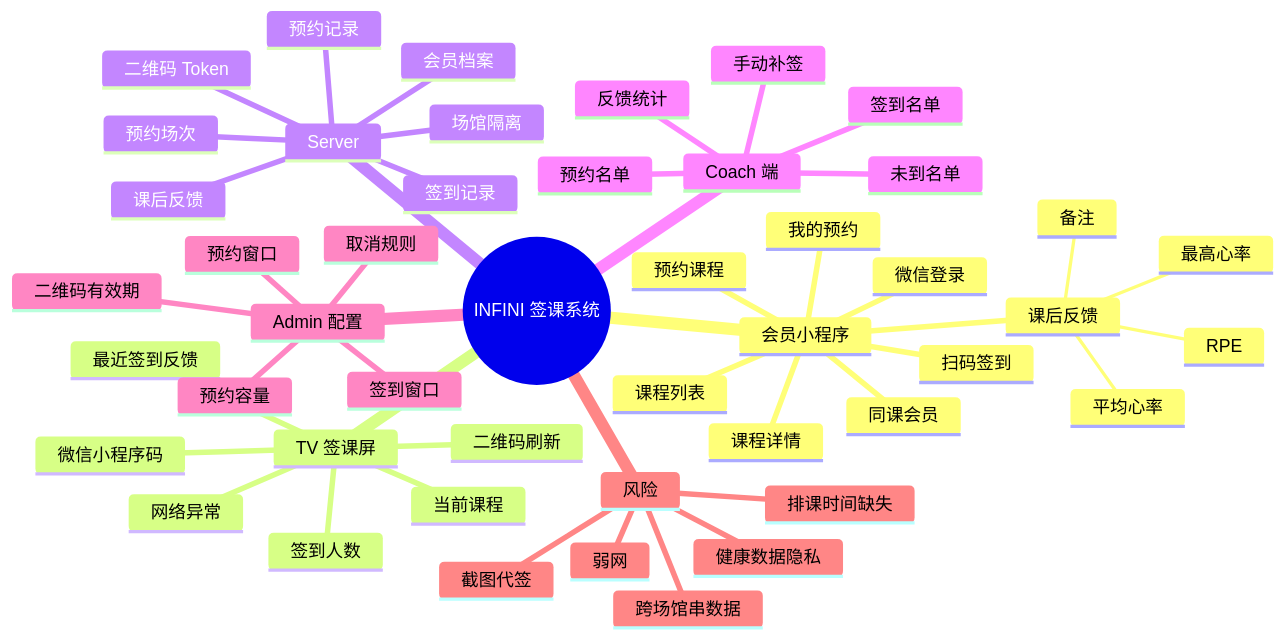
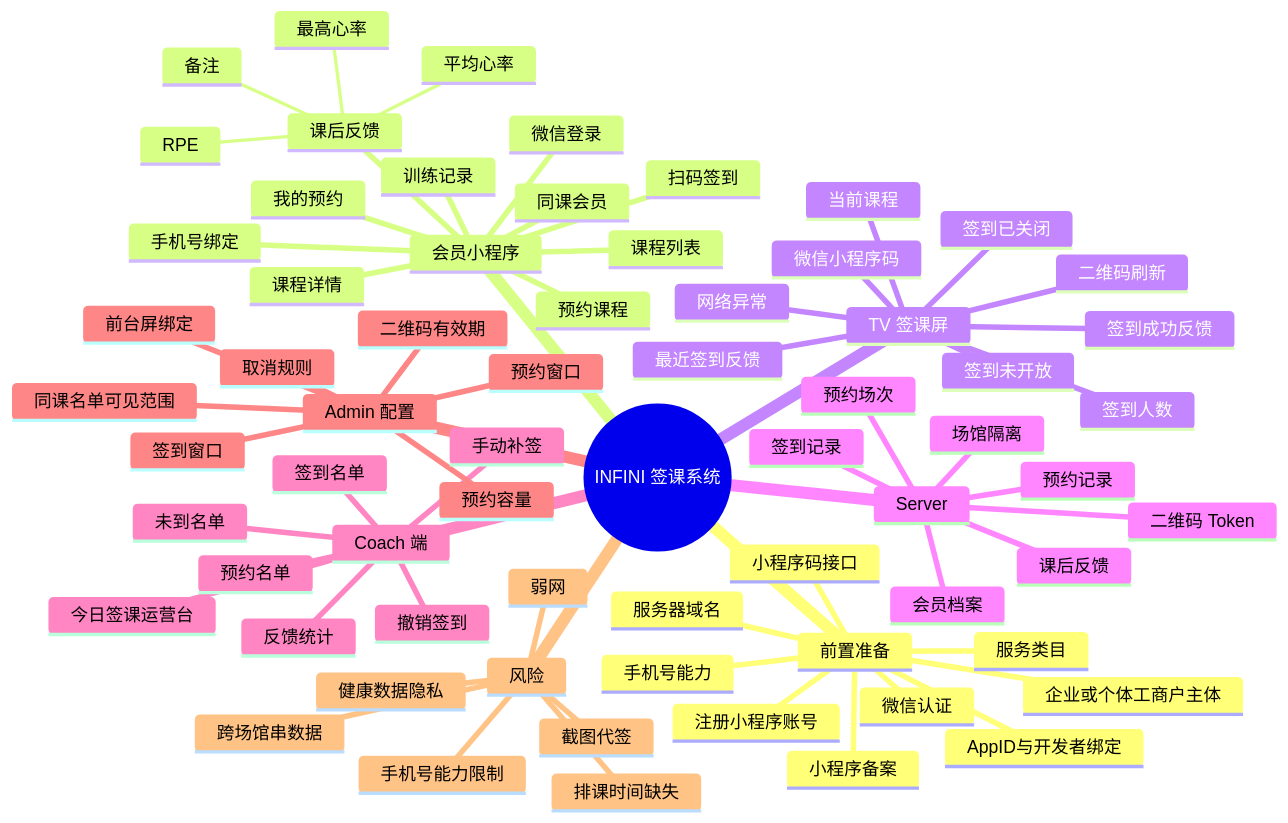
The diagram in docs/wechat-checkin-mindmap.mmd (qq245168586/inFin), drawn with Mermaid before and after one commit. The commit also changed 40 other files, not shown here.

```diff
--- a/docs/wechat-checkin-mindmap.mmd
+++ b/docs/wechat-checkin-mindmap.mmd
@@ -1,48 +1,68 @@
 mindmap
   root((INFINI 签课系统))
+    前置准备
+      注册小程序账号
+      企业或个体工商户主体
+      微信认证
+      服务类目
+      小程序备案
+      AppID与开发者绑定
+      服务器域名
+      手机号能力
+      小程序码接口
     会员小程序
       微信登录
+      手机号绑定
       课程列表
       课程详情
       预约课程
       我的预约
       扫码签到
       同课会员
       课后反馈
         RPE
         平均心率
         最高心率
         备注
+      训练记录
     TV 签课屏
       当前课程
       微信小程序码
       二维码刷新
       签到人数
       最近签到反馈
+      签到成功反馈
+      签到未开放
+      签到已关闭
       网络异常
     Server
       会员档案
       预约场次
       预约记录
       签到记录
       二维码 Token
       课后反馈
       场馆隔离
     Coach 端
+      今日签课运营台
       预约名单
       签到名单
       手动补签
+      撤销签到
       未到名单
       反馈统计
     Admin 配置
       预约容量
       预约窗口
       取消规则
       签到窗口
       二维码有效期
+      同课名单可见范围
+      前台屏绑定
     风险
       排课时间缺失
       截图代签
       跨场馆串数据
+      手机号能力限制
       弱网
       健康数据隐私
```
